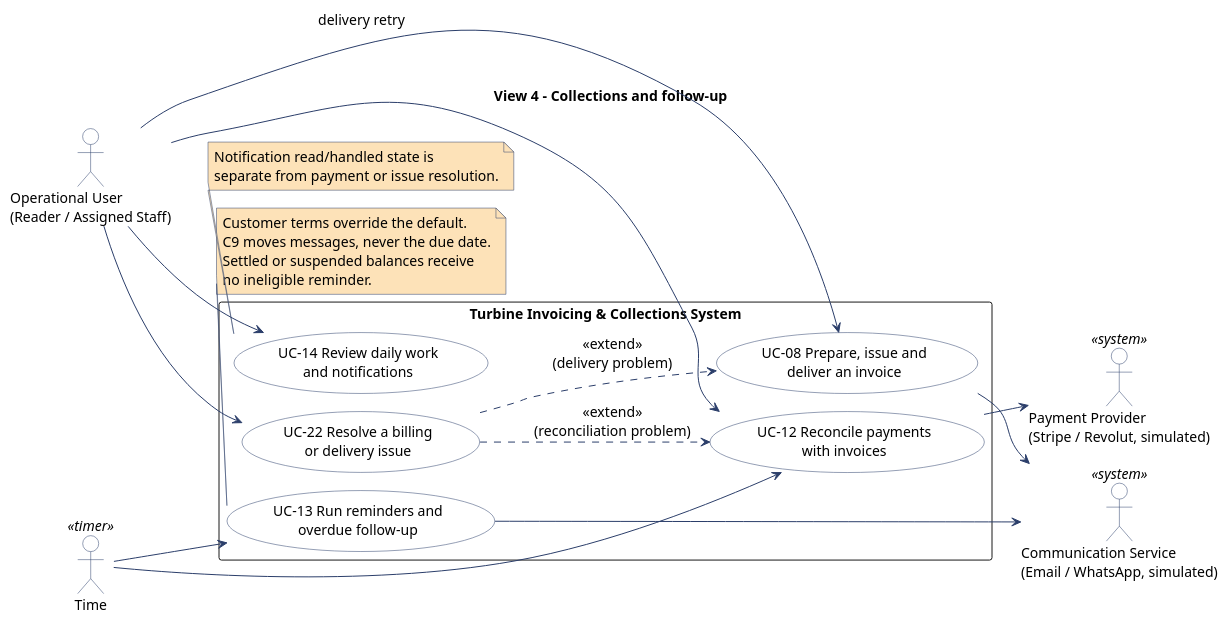
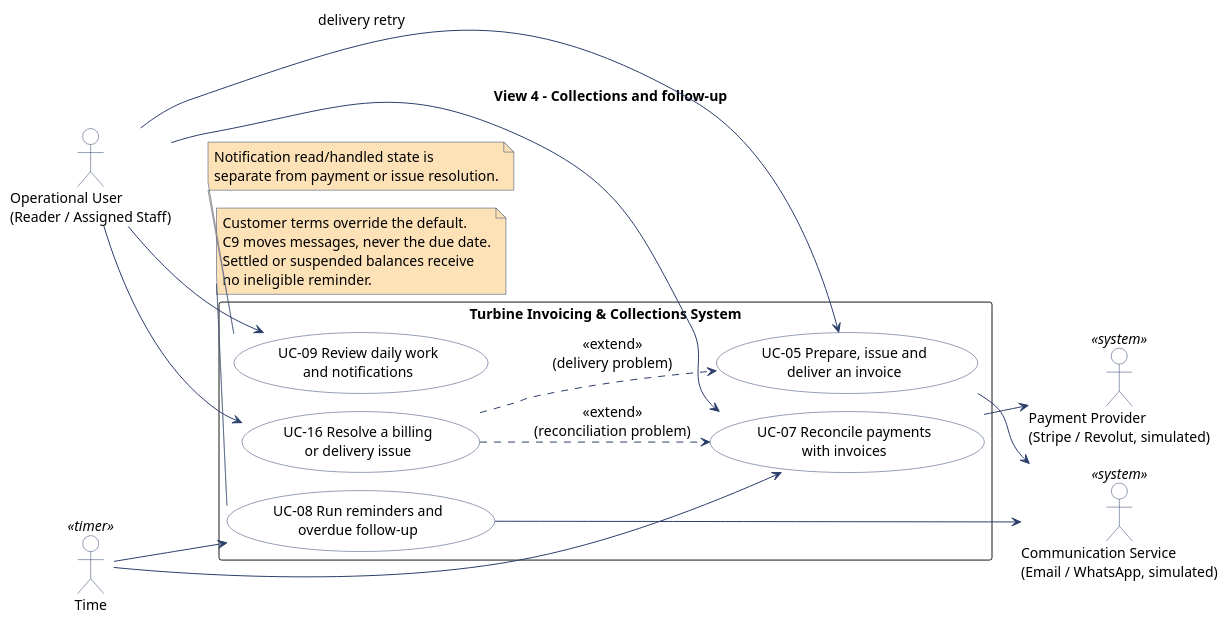
The fourth of 4 diagrams in doc/src/use-case-diagram.pu (atrevete-adap/adap-project), drawn with PlantUML before and after one commit. The commit also changed other lines of this file and 8 other files, not shown here.

```diff
--- a/doc/src/use-case-diagram.pu
+++ b/doc/src/use-case-diagram.pu
@@ -209,65 +209,65 @@
 @startuml use-case-diagram-4-collections
 !pragma layout smetana
 left to right direction
 skinparam shadowing false
 skinparam packageStyle rectangle
 skinparam defaultFontName SansSerif
 skinparam defaultFontSize 14
 skinparam backgroundColor #FFFFFF
 skinparam usecase {
   BackgroundColor #FFFFFF
   BorderColor #2B3E6A
   FontColor #000000
 }
 skinparam actor {
   BackgroundColor #FFFFFF
   BorderColor #2B3E6A
   FontColor #000000
 }
 skinparam note {
   BackgroundColor #FDE2B8
   BorderColor #2B3E6A
 }
 skinparam arrow {
   Color #2B3E6A
 }
 title View 4 - Collections and follow-up
 
 actor "Operational User\n(Reader / Assigned Staff)" as OpUser
 actor "Time" as Time <<timer>>
 actor "Payment Provider\n(Stripe / Revolut, simulated)" as PayProv <<system>>
 actor "Communication Service\n(Email / WhatsApp, simulated)" as CommSrv <<system>>
 
 rectangle "Turbine Invoicing & Collections System" {
-  usecase "UC-08 Prepare, issue and\ndeliver an invoice" as UC08
-  usecase "UC-12 Reconcile payments\nwith invoices" as UC12
-  usecase "UC-13 Run reminders and\noverdue follow-up" as UC13
-  usecase "UC-14 Review daily work\nand notifications" as UC14
-  usecase "UC-22 Resolve a billing\nor delivery issue" as UC22
+  usecase "UC-05 Prepare, issue and\ndeliver an invoice" as UC05
+  usecase "UC-07 Reconcile payments\nwith invoices" as UC07
+  usecase "UC-08 Run reminders and\noverdue follow-up" as UC08
+  usecase "UC-09 Review daily work\nand notifications" as UC09
+  usecase "UC-16 Resolve a billing\nor delivery issue" as UC16
 }
 
-OpUser --> UC08 : delivery retry
-OpUser --> UC12
-OpUser --> UC14
-OpUser --> UC22
-Time --> UC12
-Time --> UC13
+OpUser --> UC05 : delivery retry
+OpUser --> UC07
+OpUser --> UC09
+OpUser --> UC16
+Time --> UC07
+Time --> UC08
+UC05 --> CommSrv
 UC08 --> CommSrv
-UC13 --> CommSrv
-UC12 --> PayProv
-UC22 ..> UC08 : <<extend>>\n(delivery problem)
-UC22 ..> UC12 : <<extend>>\n(reconciliation problem)
+UC07 --> PayProv
+UC16 ..> UC05 : <<extend>>\n(delivery problem)
+UC16 ..> UC07 : <<extend>>\n(reconciliation problem)
 
-note bottom of UC13
+note bottom of UC08
   Customer terms override the default.
   C9 moves messages, never the due date.
   Settled or suspended balances receive
   no ineligible reminder.
 end note
 
-note bottom of UC14
+note bottom of UC09
   Notification read/handled state is
   separate from payment or issue resolution.
 end note
 
 @enduml
```
